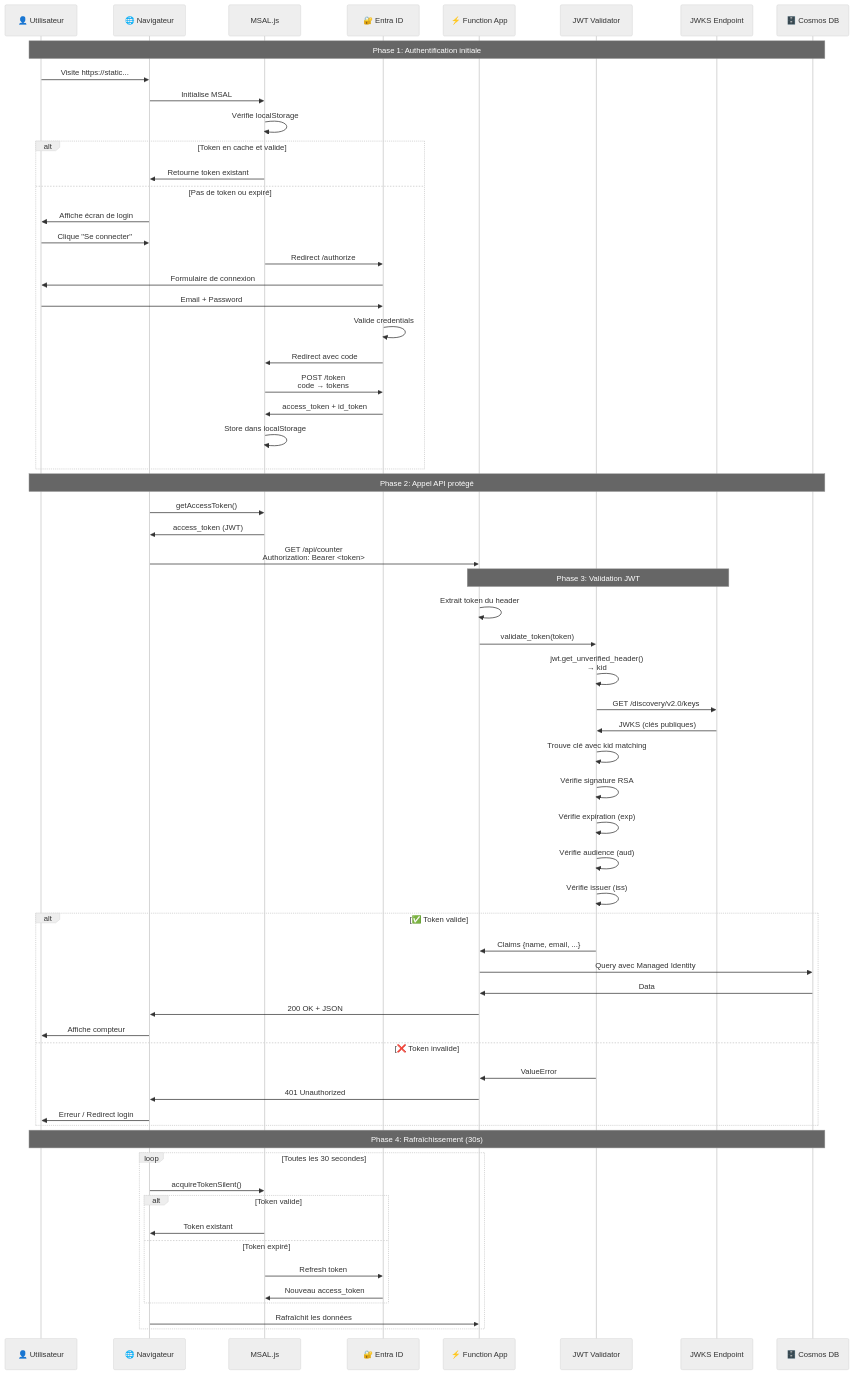
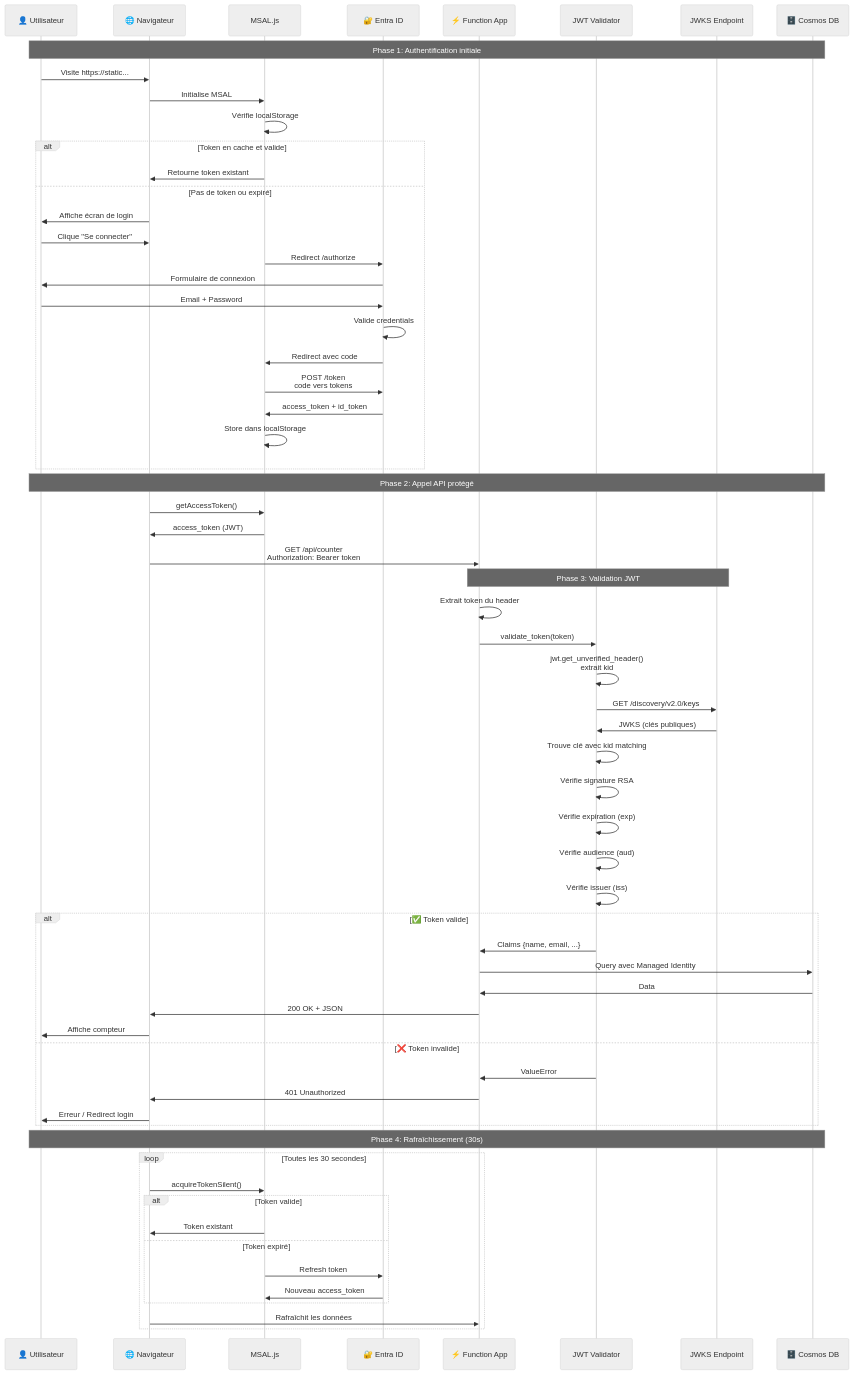
Before and after one commit to Glutenfree69/Azure_function: the fifth of 8 diagrams in ARCHI.md, drawn with Mermaid (neutral theme). The commit also changed other lines of this file, not shown here.

````diff
--- a/ARCHI.md
+++ b/ARCHI.md
@@ -218,76 +218,76 @@
 ```mermaid
 sequenceDiagram
     participant U as 👤 Utilisateur
     participant B as 🌐 Navigateur
     participant M as MSAL.js
     participant E as 🔐 Entra ID
     participant F as ⚡ Function App
     participant J as JWT Validator
     participant K as JWKS Endpoint
     participant C as 🗄️ Cosmos DB
 
     Note over U,C: Phase 1: Authentification initiale
     
     U->>B: Visite https://static...
     B->>M: Initialise MSAL
     M->>M: Vérifie localStorage
     
     alt Token en cache et valide
         M->>B: Retourne token existant
     else Pas de token ou expiré
         B->>U: Affiche écran de login
         U->>B: Clique "Se connecter"
         M->>E: Redirect /authorize
         E->>U: Formulaire de connexion
         U->>E: Email + Password
         E->>E: Valide credentials
         E->>M: Redirect avec code
-        M->>E: POST /token<br/>code → tokens
+        M->>E: POST /token<br/>code vers tokens
         E->>M: access_token + id_token
         M->>M: Store dans localStorage
     end
 
     Note over U,C: Phase 2: Appel API protégé
     
     B->>M: getAccessToken()
     M->>B: access_token (JWT)
-    B->>F: GET /api/counter<br/>Authorization: Bearer <token>
+    B->>F: GET /api/counter<br/>Authorization: Bearer token
     
     Note over F,K: Phase 3: Validation JWT
     
     F->>F: Extrait token du header
     F->>J: validate_token(token)
-    J->>J: jwt.get_unverified_header()<br/>→ kid
+    J->>J: jwt.get_unverified_header()<br/>extrait kid
     J->>K: GET /discovery/v2.0/keys
     K->>J: JWKS (clés publiques)
     J->>J: Trouve clé avec kid matching
     J->>J: Vérifie signature RSA
     J->>J: Vérifie expiration (exp)
     J->>J: Vérifie audience (aud)
     J->>J: Vérifie issuer (iss)
     
     alt ✅ Token valide
         J->>F: Claims {name, email, ...}
         F->>C: Query avec Managed Identity
         C->>F: Data
         F->>B: 200 OK + JSON
         B->>U: Affiche compteur
     else ❌ Token invalide
         J->>F: ValueError
         F->>B: 401 Unauthorized
         B->>U: Erreur / Redirect login
     end
 
     Note over U,C: Phase 4: Rafraîchissement (30s)
     
     loop Toutes les 30 secondes
         B->>M: acquireTokenSilent()
         alt Token valide
             M->>B: Token existant
         else Token expiré
             M->>E: Refresh token
             E->>M: Nouveau access_token
         end
         B->>F: Rafraîchit les données
     end
 ```
````
